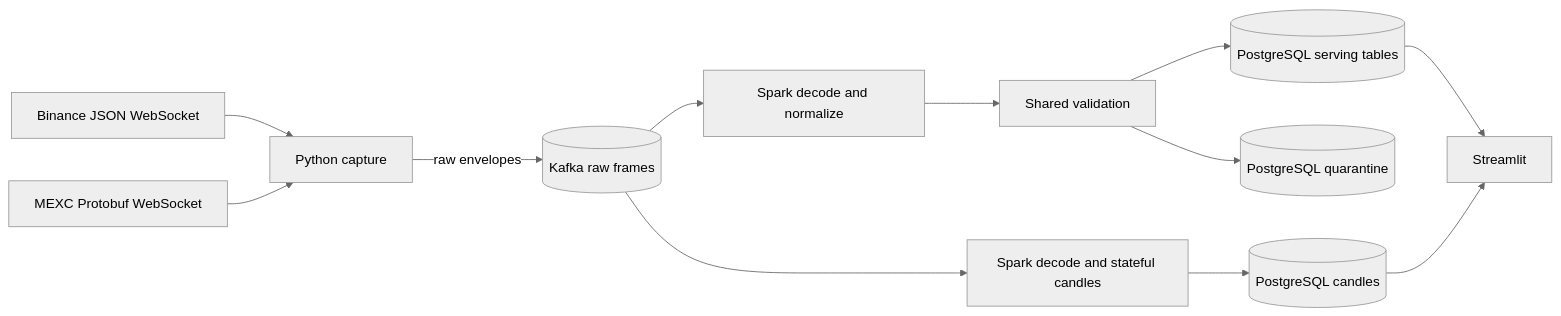
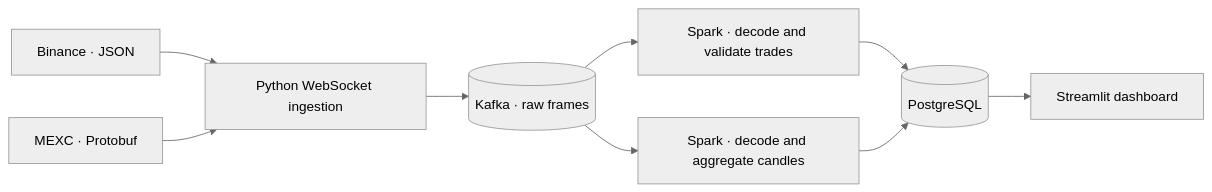
The diagram in README.md (ayyayyron/Declarative-Multi-Exchange-Analytics-Platform), drawn with Mermaid (neutral theme) before and after one commit. The commit also changed other lines of this file, not shown here.

````diff
--- a/README.md
+++ b/README.md
@@ -29,14 +27,11 @@
 ```mermaid
 flowchart LR
-    B[Binance JSON WebSocket] --> I[Python capture]
-    M[MEXC Protobuf WebSocket] --> I
-    I -->|raw envelopes| K[(Kafka raw frames)]
-    K --> S[Spark decode and normalize]
-    S --> V[Shared validation]
-    V --> P[(PostgreSQL serving tables)]
-    V --> Q[(PostgreSQL quarantine)]
-    P --> UI[Streamlit]
-    K --> C[Spark decode and stateful candles]
-    C --> CP[(PostgreSQL candles)]
-    CP --> UI
+    B["Binance · JSON"] --> I["Python WebSocket ingestion"]
+    M["MEXC · Protobuf"] --> I
+    I --> K[("Kafka · raw frames")]
+    K --> T["Spark · decode and validate trades"]
+    K --> C["Spark · decode and aggregate candles"]
+    T --> P[("PostgreSQL")]
+    C --> P
+    P --> UI["Streamlit dashboard"]
 ```
````
